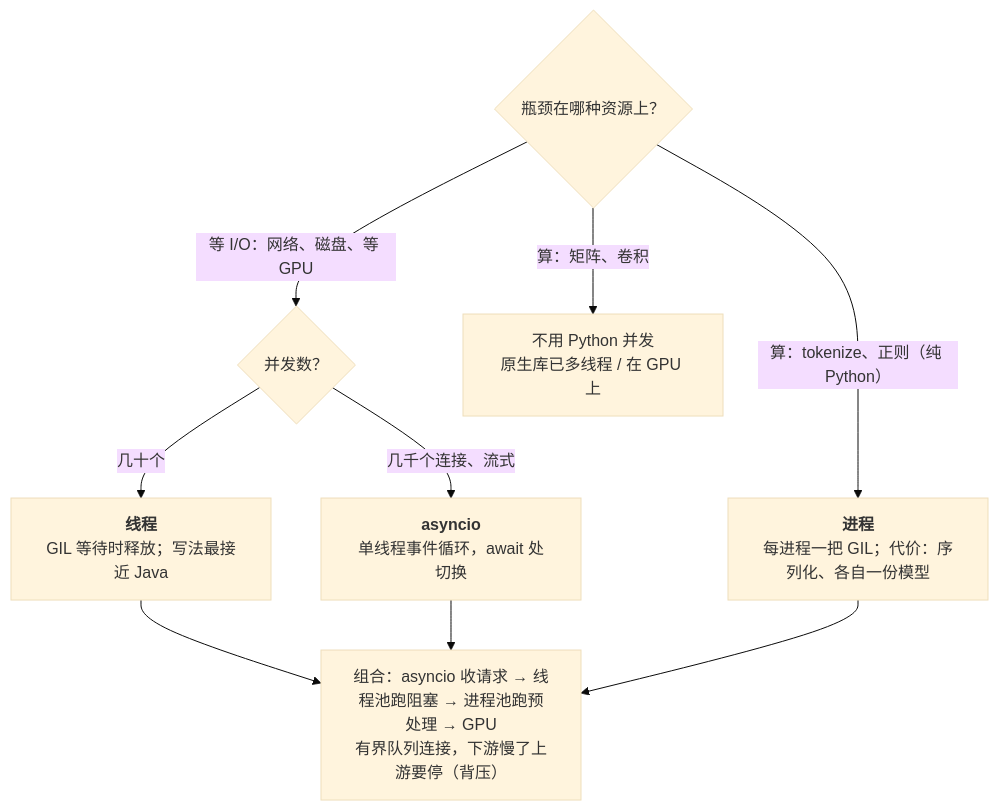
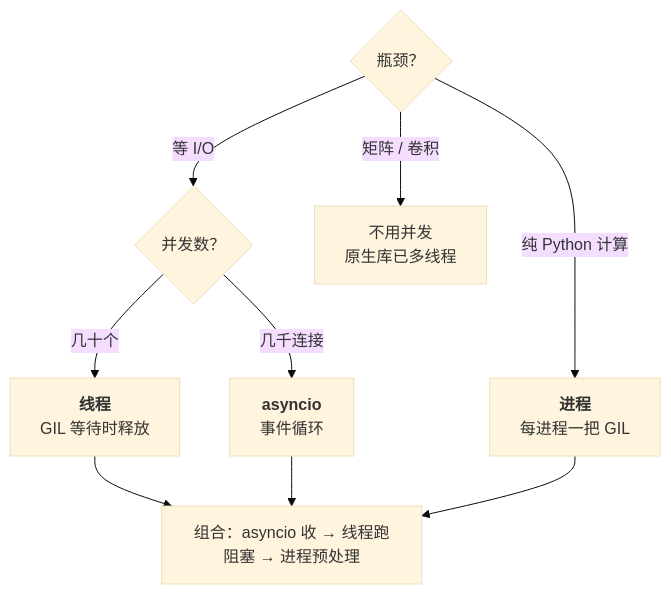
Before and after one commit to arganzheng/arganzheng.github.com: the third of 4 diagrams in slides/2026-01-30-python-for-ai-infra.md, drawn with Mermaid (base theme). The commit also changed other lines of this file, not shown here.

Commit message:
slides/python-for-ai-infra: cut/shorten mermaid diagrams below 14px rendered text (check-render smalltext/overlap)

````diff
--- a/slides/2026-01-30-python-for-ai-infra.md
+++ b/slides/2026-01-30-python-for-ai-infra.md
@@ -104,10 +104,10 @@
 ```mermaid
 %%{init: {"flowchart": {"wrappingWidth": 200}}}%%
 flowchart TB
-    Q{"瓶颈在哪种资源上？"} -- "等 I/O：网络、磁盘、等 GPU" --> IO{"并发数？"}
-    IO -- "几十个" --> TH["<b>线程</b><br/>GIL 等待时释放；写法最接近 Java"]
-    IO -- "几千个连接、流式" --> AS["<b>asyncio</b><br/>单线程事件循环，await 处切换"]
-    Q -- "算：tokenize、正则（纯 Python）" --> PR["<b>进程</b><br/>每进程一把 GIL；代价：序列化、各自一份模型"]
-    Q -- "算：矩阵、卷积" --> NAT["不用 Python 并发<br/>原生库已多线程 / 在 GPU 上"]
-    TH & AS & PR --> C["组合：asyncio 收请求 → 线程池跑阻塞 → 进程池跑预处理 → GPU<br/>有界队列连接，下游慢了上游要停（背压）"]
+    Q{"瓶颈？"} -- "等 I/O" --> IO{"并发数？"}
+    IO -- "几十个" --> TH["<b>线程</b><br/>GIL 等待时释放"]
+    IO -- "几千连接" --> AS["<b>asyncio</b><br/>事件循环"]
+    Q -- "纯 Python 计算" --> PR["<b>进程</b><br/>每进程一把 GIL"]
+    Q -- "矩阵 / 卷积" --> NAT["不用并发<br/>原生库已多线程"]
+    TH & AS & PR --> C["组合：asyncio 收 → 线程跑阻塞 → 进程预处理"]
 ```
````
